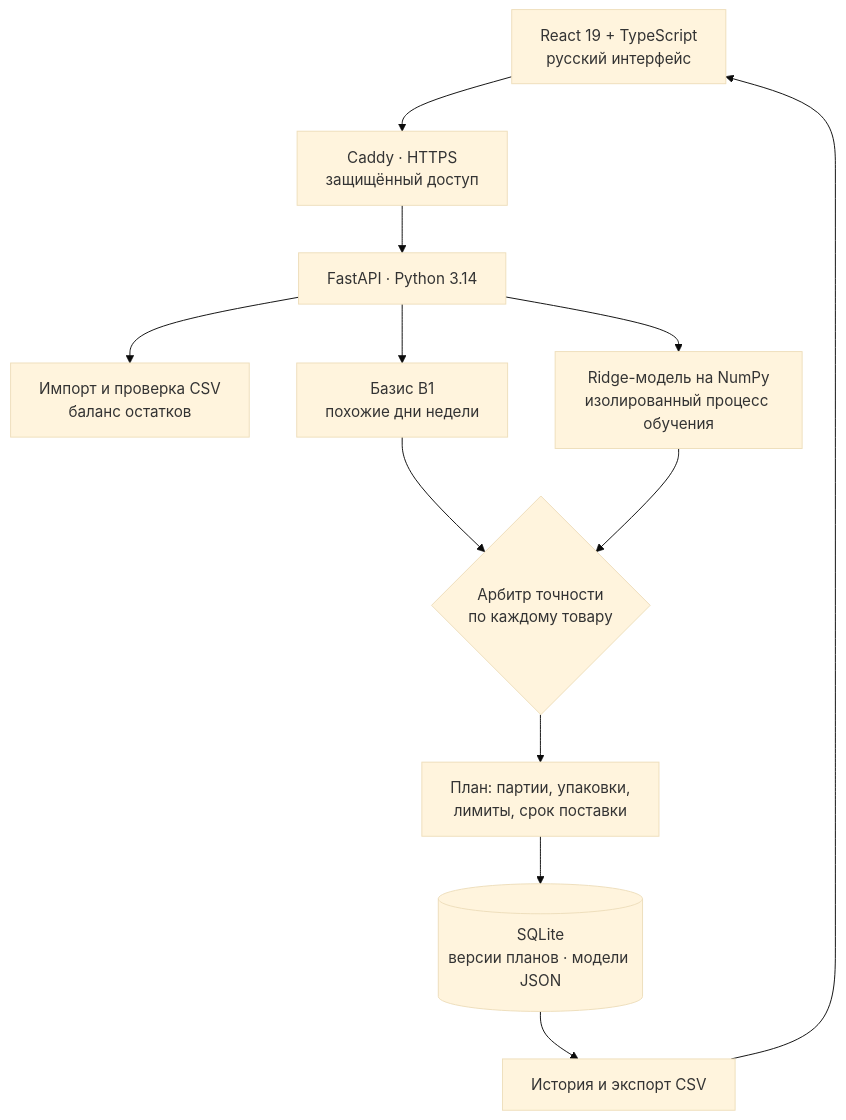
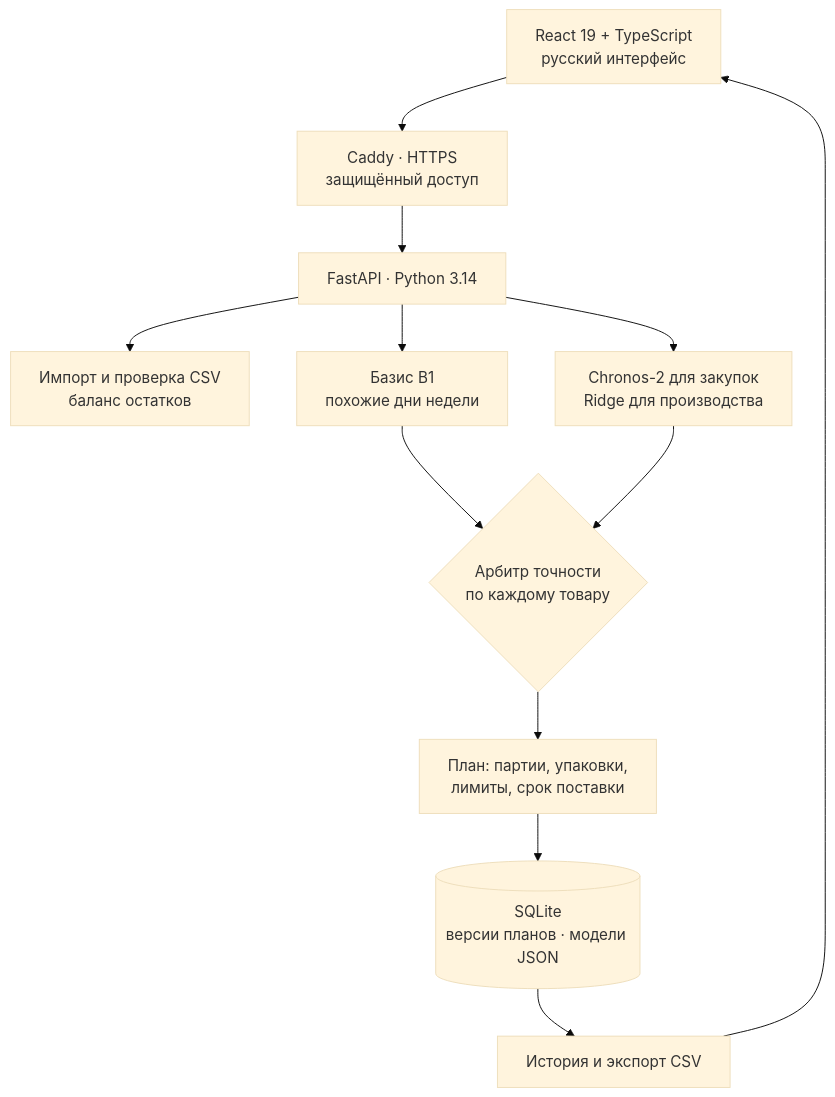
Before and after one commit to Nurlan-byte/byte: the second of 2 diagrams in README.md, drawn with Mermaid (base theme). The commit also changed other lines of this file and 43 other files, not shown here.

````diff
--- a/README.md
+++ b/README.md
@@ -131,14 +122,14 @@
 ```mermaid
 flowchart TB
     UI["React 19 + TypeScript<br/>русский интерфейс"] --> GW["Caddy · HTTPS<br/>защищённый доступ"]
     GW --> API["FastAPI · Python 3.14"]
     API --> IMP["Импорт и проверка CSV<br/>баланс остатков"]
     API --> B1["Базис B1<br/>похожие дни недели"]
-    API --> ML["Ridge-модель на NumPy<br/>изолированный процесс обучения"]
+    API --> ML["Chronos-2 для закупок<br/>Ridge для производства"]
     B1 --> ARB{"Арбитр точности<br/>по каждому товару"}
     ML --> ARB
     ARB --> PLAN["План: партии, упаковки,<br/>лимиты, срок поставки"]
     PLAN --> DB[("SQLite<br/>версии планов · модели JSON")]
     DB --> OUT["История и экспорт CSV"]
     OUT --> UI
 ```
````
